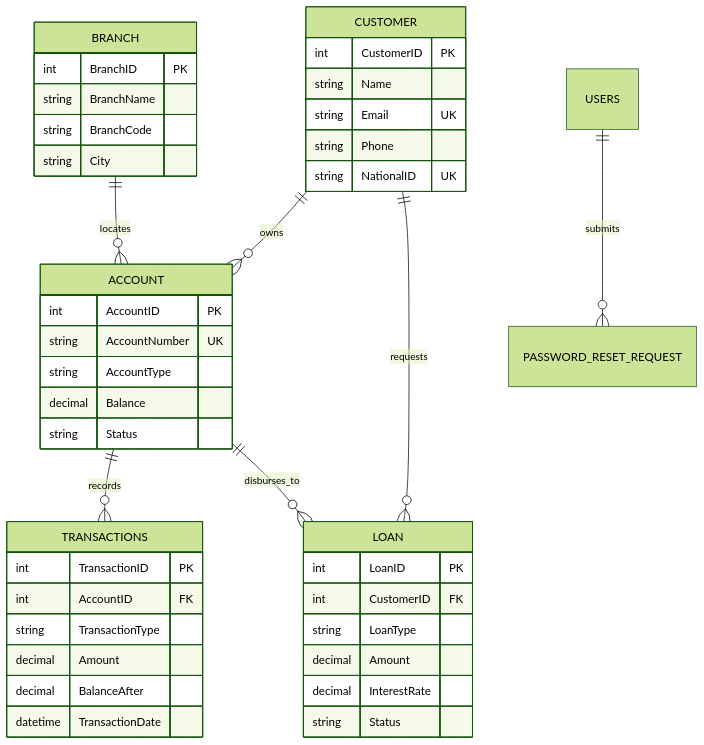
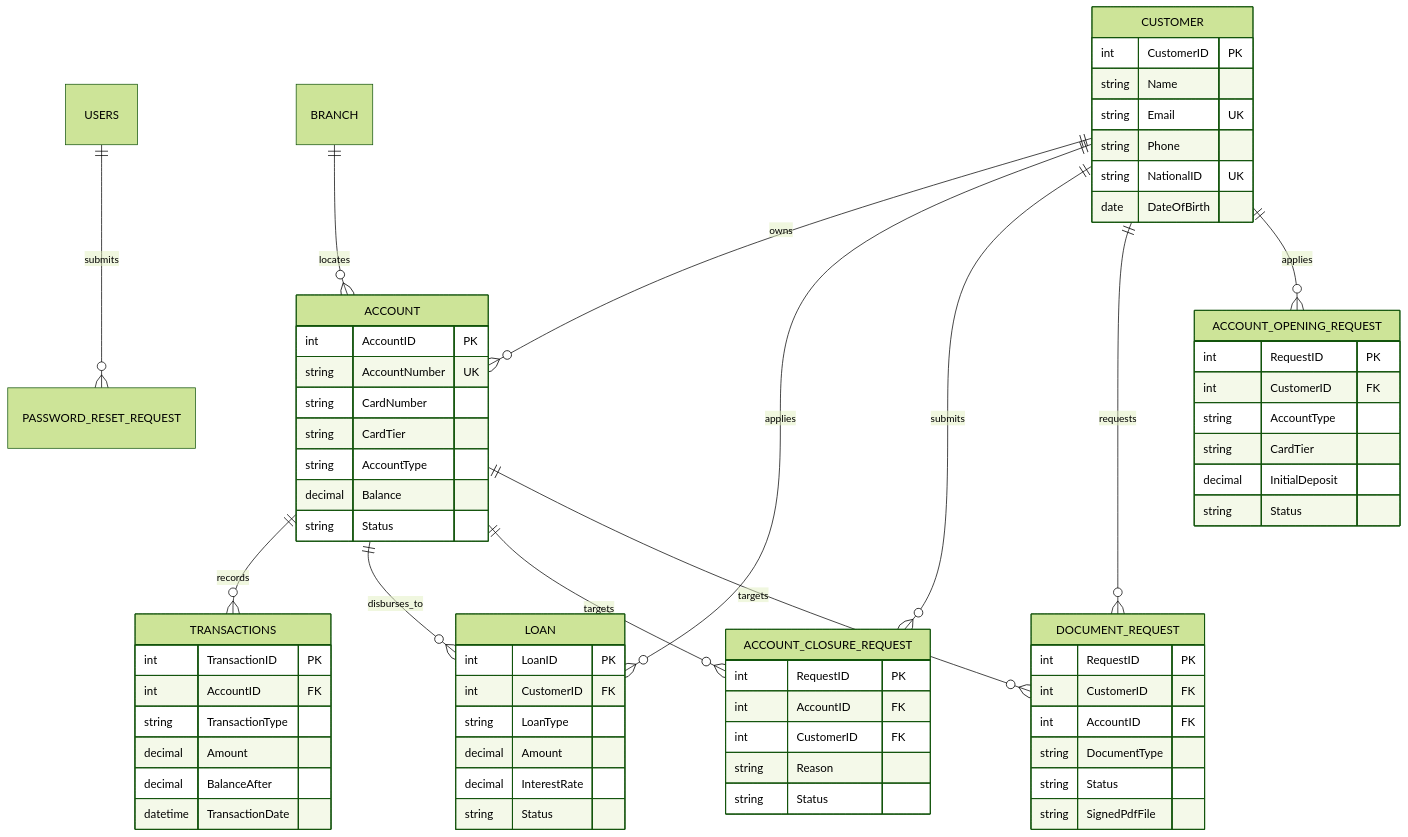
One commit to akuma3232/AkumaBank changed the diagram in README.md. Above: the diagram before and after it, drawn with Mermaid (forest theme). The commit also changed other lines of this file and 14 other files, not shown here.

````diff
--- a/README.md
+++ b/README.md
@@ -252,46 +346,71 @@
 ```mermaid
 erDiagram
     BRANCH ||--o{ ACCOUNT : locates
     CUSTOMER ||--o{ ACCOUNT : owns
-    CUSTOMER ||--o{ LOAN : requests
+    CUSTOMER ||--o{ LOAN : applies
+    CUSTOMER ||--o{ ACCOUNT_CLOSURE_REQUEST : submits
+    CUSTOMER ||--o{ DOCUMENT_REQUEST : requests
+    CUSTOMER ||--o{ ACCOUNT_OPENING_REQUEST : applies
     ACCOUNT ||--o{ TRANSACTIONS : records
     ACCOUNT ||--o{ LOAN : disburses_to
+    ACCOUNT ||--o{ ACCOUNT_CLOSURE_REQUEST : targets
+    ACCOUNT ||--o{ DOCUMENT_REQUEST : targets
     USERS ||--o{ PASSWORD_RESET_REQUEST : submits
 
-    BRANCH {
-        int BranchID PK
-        string BranchName
-        string BranchCode
-        string City
-    }
     CUSTOMER {
         int CustomerID PK
         string Name
         string Email UK
         string Phone
         string NationalID UK
+        date DateOfBirth
     }
     ACCOUNT {
         int AccountID PK
         string AccountNumber UK
+        string CardNumber
+        string CardTier
         string AccountType
         decimal Balance
+        string Status
+    }
+    DOCUMENT_REQUEST {
+        int RequestID PK
+        int CustomerID FK
+        int AccountID FK
+        string DocumentType
+        string Status
+        string SignedPdfFile
+    }
+    ACCOUNT_CLOSURE_REQUEST {
+        int RequestID PK
+        int AccountID FK
+        int CustomerID FK
+        string Reason
+        string Status
+    }
+    ACCOUNT_OPENING_REQUEST {
+        int RequestID PK
+        int CustomerID FK
+        string AccountType
+        string CardTier
+        decimal InitialDeposit
+        string Status
+    }
+    LOAN {
+        int LoanID PK
+        int CustomerID FK
+        string LoanType
+        decimal Amount
+        decimal InterestRate
         string Status
     }
     TRANSACTIONS {
         int TransactionID PK
         int AccountID FK
         string TransactionType
         decimal Amount
         decimal BalanceAfter
         datetime TransactionDate
     }
-    LOAN {
-        int LoanID PK
-        int CustomerID FK
-        string LoanType
-        decimal Amount
-        decimal InterestRate
-        string Status
-    }
 ```
````
